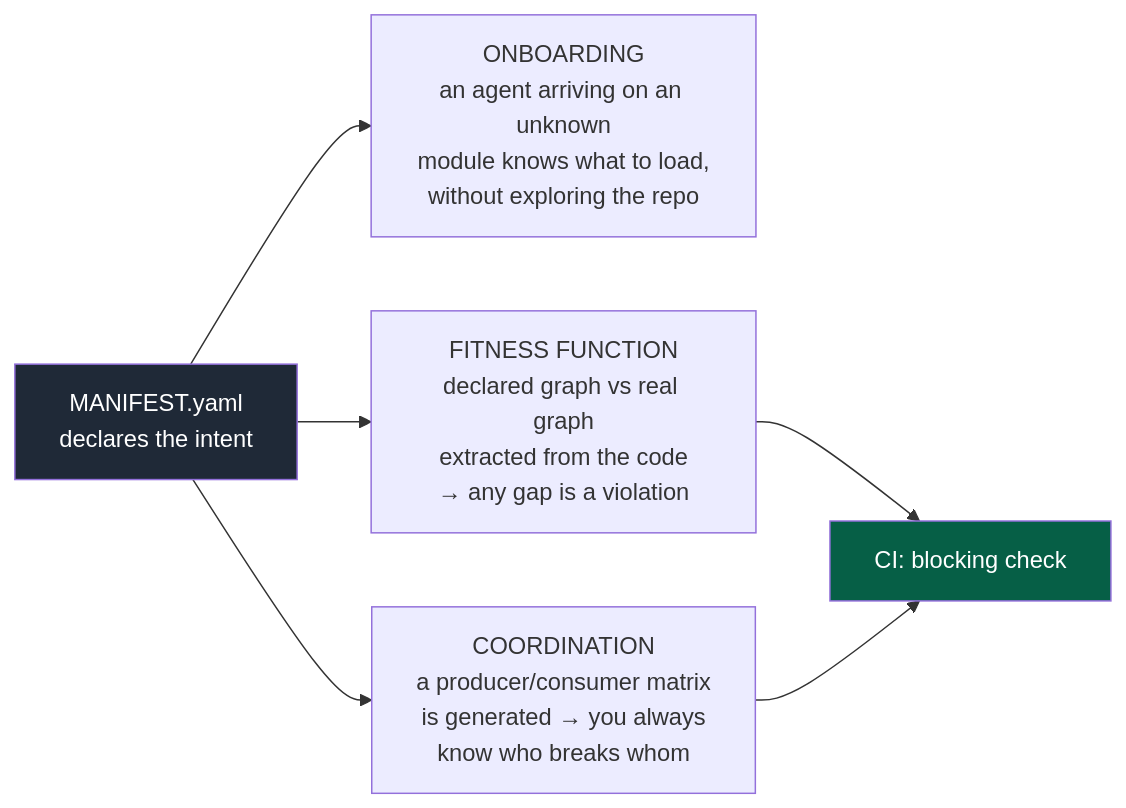
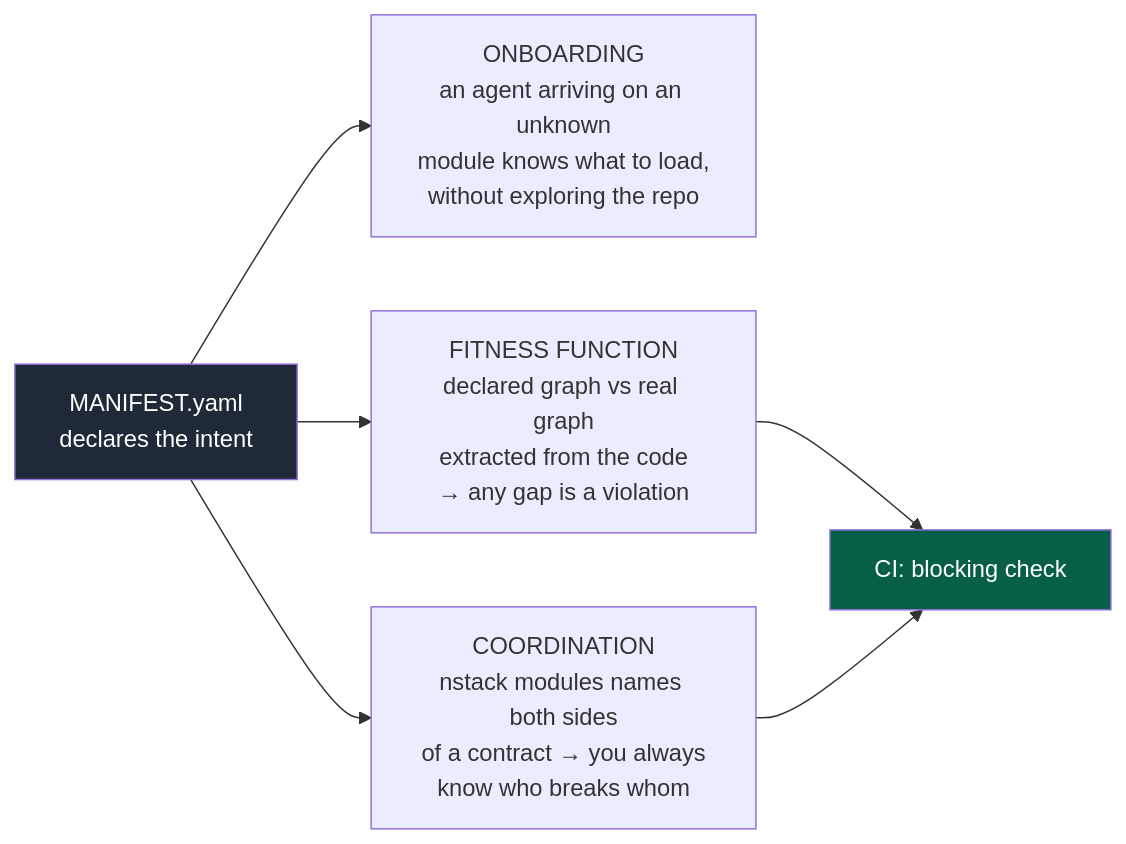
The third of 5 diagrams in .nstack/handbook/02-modules.md (NapkinStack/wholeheard), drawn with Mermaid before and after one commit. The commit also changed other lines of this file and 27 other files, not shown here.

````diff
--- a/.nstack/handbook/02-modules.md
+++ b/.nstack/handbook/02-modules.md
@@ -184,16 +184,16 @@
 ```mermaid
 flowchart LR
     MF["MANIFEST.yaml<br/>declares the intent"]
 
     MF --> U1["ONBOARDING<br/>an agent arriving on an unknown<br/>module knows what to load,<br/>without exploring the repo"]
 
     MF --> U2["FITNESS FUNCTION<br/>declared graph vs real graph<br/>extracted from the code<br/>→ any gap is a violation"]
 
-    MF --> U3["COORDINATION<br/>a producer/consumer matrix<br/>is generated → you always<br/>know who breaks whom"]
+    MF --> U3["COORDINATION<br/>nstack modules names both sides<br/>of a contract → you always<br/>know who breaks whom"]
 
     U2 --> CI["CI: blocking check"]
     U3 --> CI
 
     style MF fill:#1f2937,color:#fff
     style CI fill:#065f46,color:#fff
 ```
````
